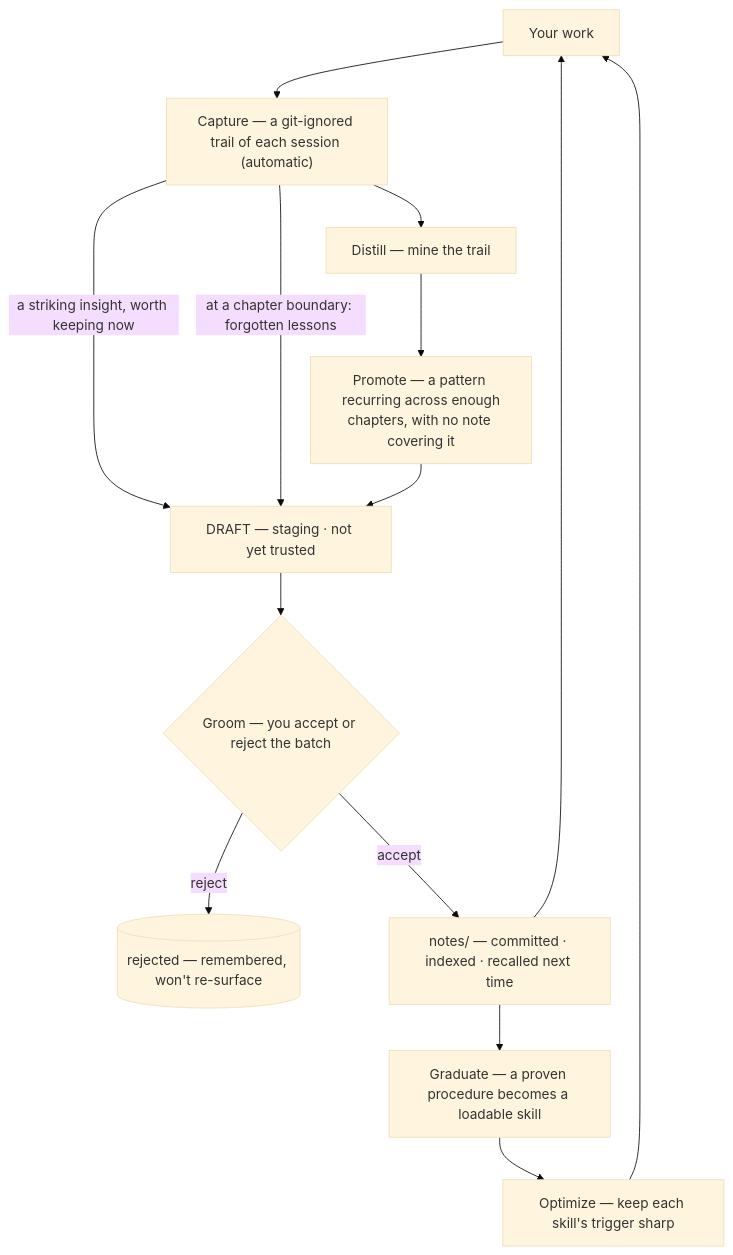
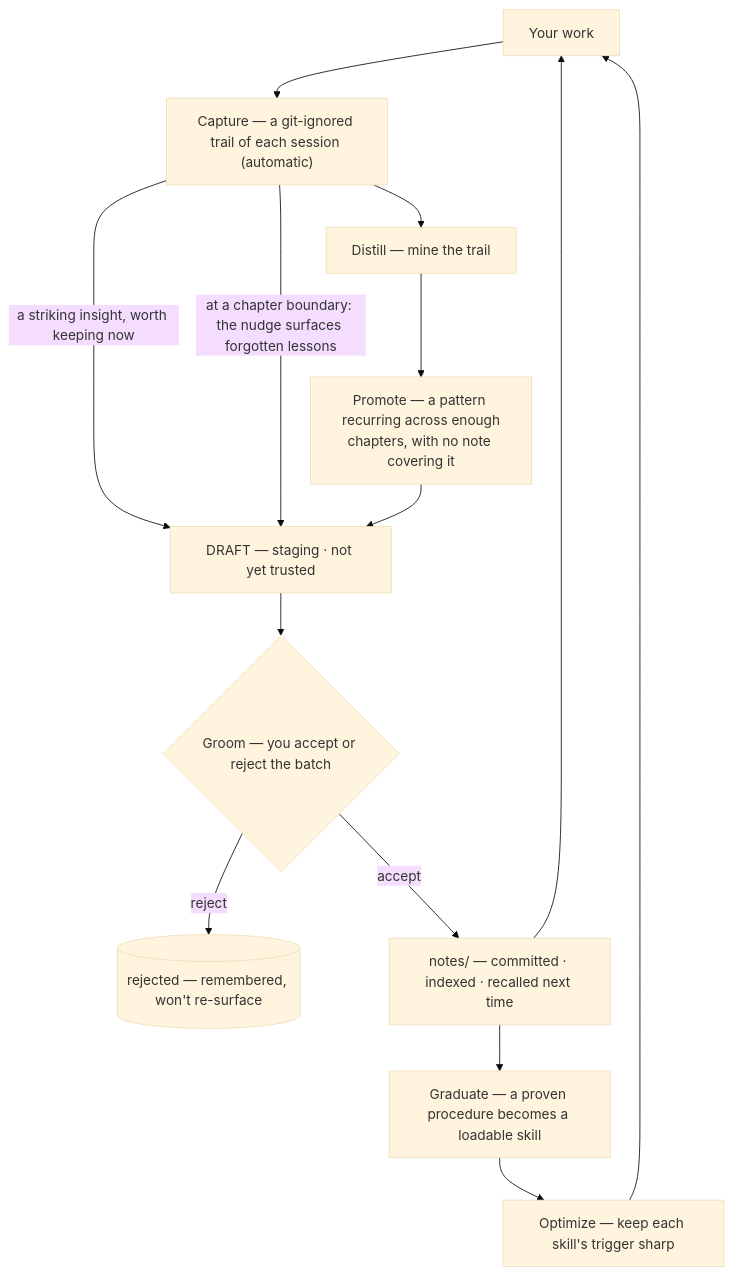
Before and after one commit to Sumit1993/mage-memory: the first of 3 diagrams in docs/src/content/docs/loop/overview.md, drawn with Mermaid (base theme). The commit also changed other lines of this file and 18 other files, not shown here.

````diff
--- a/docs/src/content/docs/loop/overview.md
+++ b/docs/src/content/docs/loop/overview.md
@@ -21,19 +21,19 @@
-```mermaid
+```mermaid The self-grooming loop: your work is captured to a git-ignored trail, becomes a draft, you groom the draft into committed notes, and a proven note graduates into a skill whose trigger optimize keeps sharp — all feeding back into the work.
 flowchart TD
   work["Your work"] --> capture["Capture — a git-ignored trail of each session (automatic)"]
 
   capture -->|"a striking insight, worth keeping now"| draft["DRAFT — staging · not yet trusted"]
-  capture -->|"at a chapter boundary: forgotten lessons"| draft
+  capture -->|"at a chapter boundary: the nudge surfaces forgotten lessons"| draft
   capture --> Distill["Distill — mine the trail"]
   Distill --> Promote["Promote — a pattern recurring across enough<br/>chapters, with no note covering it"]
   Promote --> draft
 
   draft --> groom{"Groom — you accept or reject the batch"}
   groom -->|reject| rej[("rejected — remembered, won't re-surface")]
   groom -->|accept| notes["notes/ — committed · indexed · recalled next time"]
 
   notes --> Graduate["Graduate — a proven procedure becomes a loadable skill"]
   Graduate --> Optimize["Optimize — keep each skill's trigger sharp"]
   Optimize --> work
   notes --> work
 ```
````
